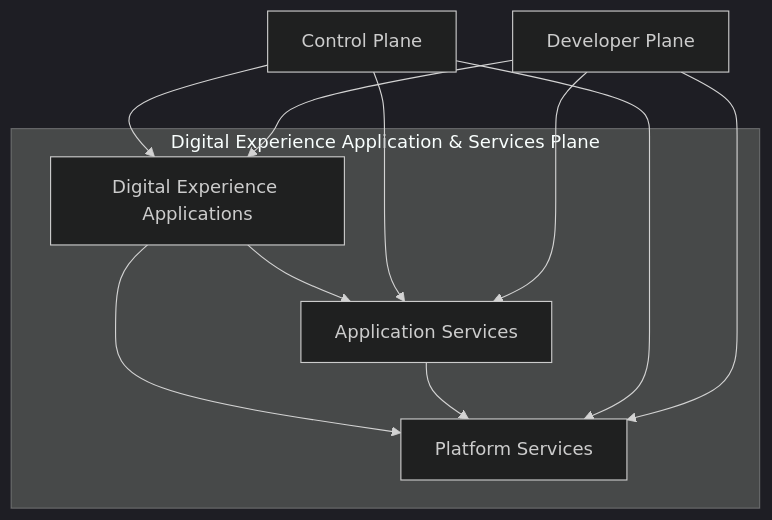
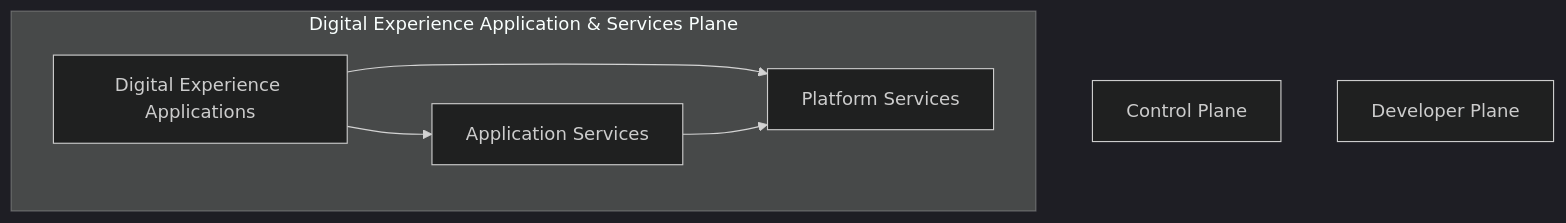
Before and after one commit to kennethteo/custom-build-platform: the first of 4 diagrams in docs/architecture/overview.md, drawn with Mermaid (dark theme). The commit also changed 3 other files, not shown here.

Commit message:
feat: Enhance architecture documentation with user-centric design and detailed integration patterns

`````diff
--- a/docs/architecture/overview.md
+++ b/docs/architecture/overview.md
@@ -83,21 +83,14 @@
 ```mermaid
 flowchart TD
     CP[Control Plane]
+    DEV[Developer Plane]
     DXA[Digital Experience Applications]
     AS[Application Services]
     PS[Platform Services]
-    DEV[Developer Plane]
 
     subgraph Digital Experience Application & Services Plane
         DXA --> AS
         DXA --> PS
         AS --> PS
     end
-
-    CP --> DXA
-    CP --> AS
-    CP --> PS
-    DEV --> DXA
-    DEV --> AS
-    DEV --> PS
 ````
`````
